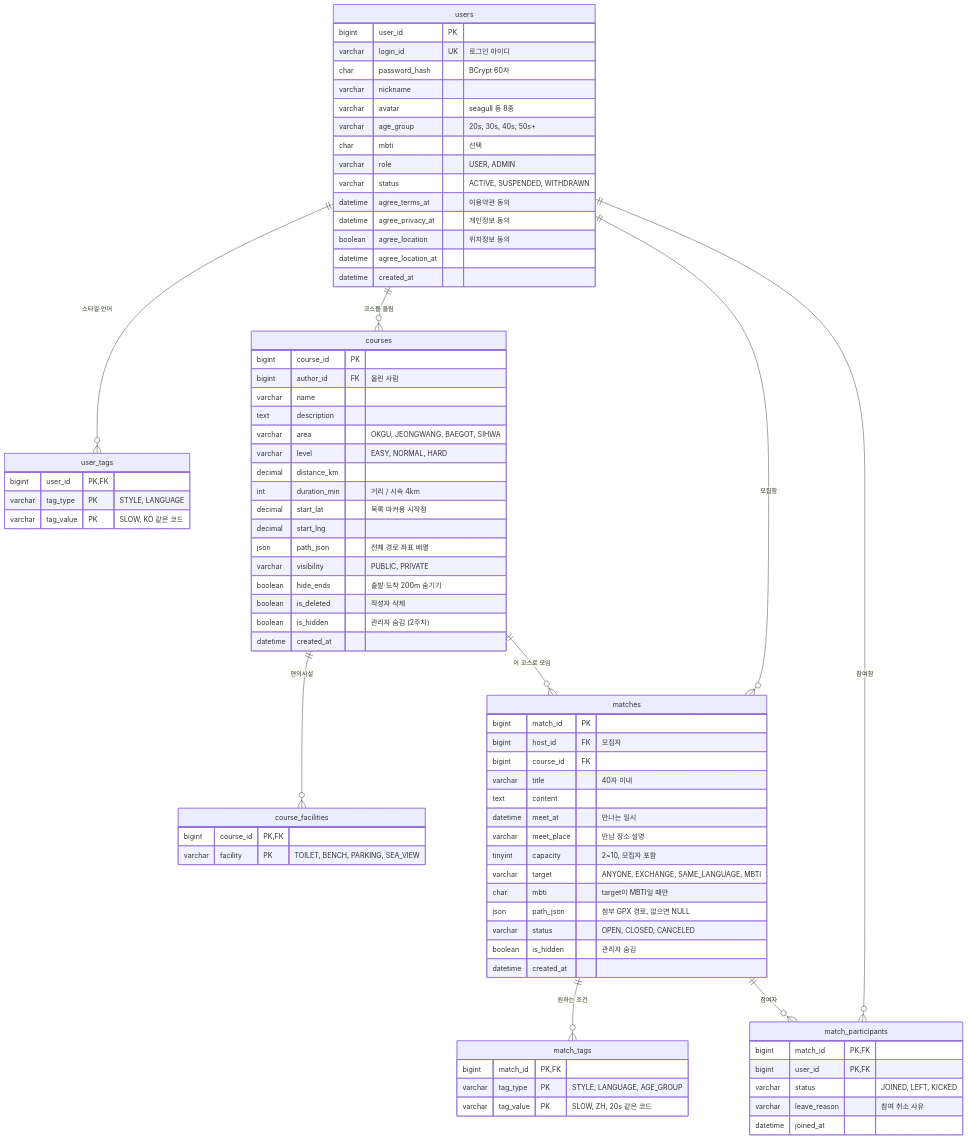
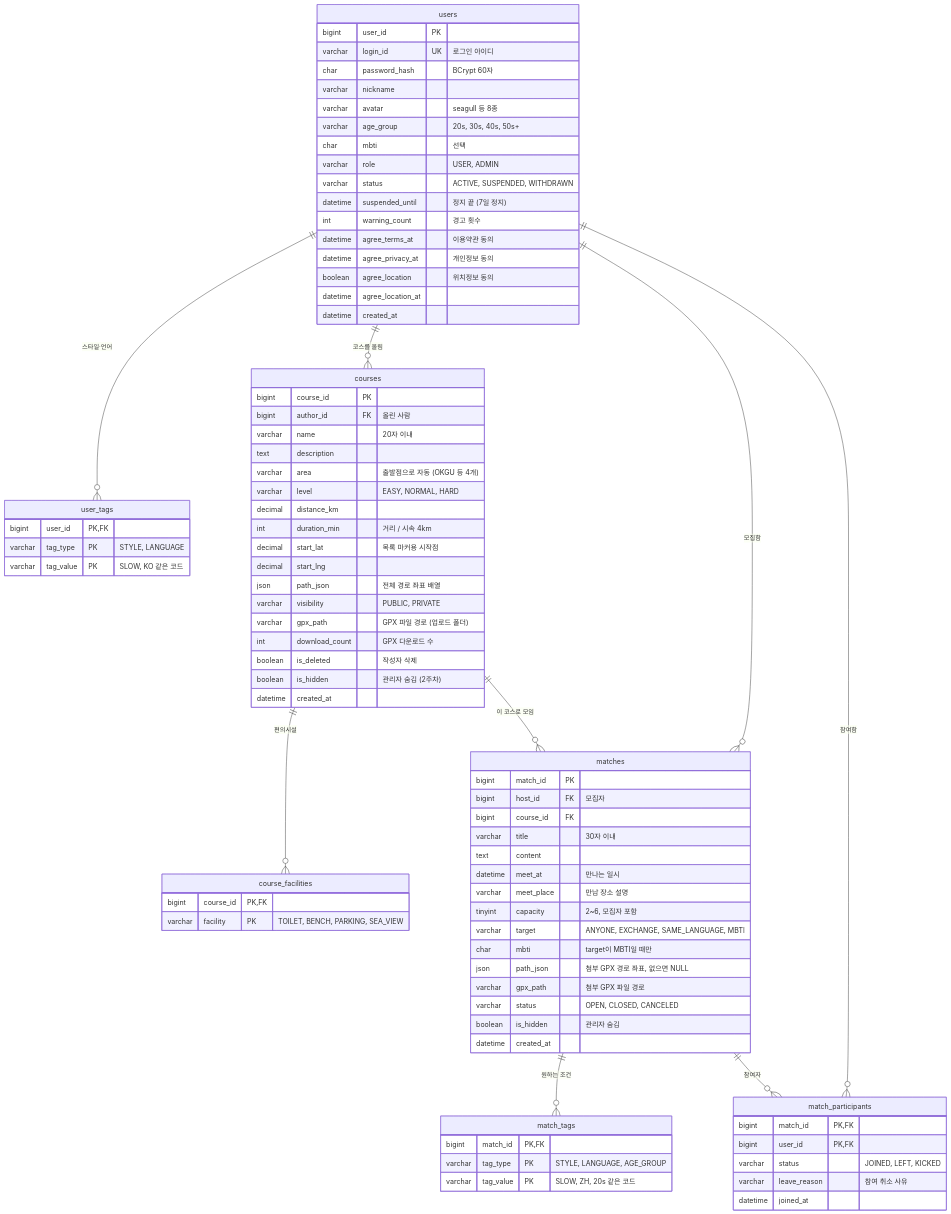
The diagram in docs/images/erd-week1.mmd (AnemoneCoronaria/Team_walk), drawn with Mermaid before and after one commit. The commit also changed 19 other files, not shown here.

```diff
--- a/docs/images/erd-week1.mmd
+++ b/docs/images/erd-week1.mmd
@@ -1,81 +1,85 @@
 erDiagram
     users ||--o{ user_tags : "스타일·언어"
     users ||--o{ courses : "코스를 올림"
     courses ||--o{ course_facilities : "편의시설"
     users ||--o{ matches : "모집함"
     courses ||--o{ matches : "이 코스로 모임"
     matches ||--o{ match_tags : "원하는 조건"
     matches ||--o{ match_participants : "참여자"
     users ||--o{ match_participants : "참여함"
 
     users {
         bigint user_id PK
         varchar login_id UK "로그인 아이디"
         char password_hash "BCrypt 60자"
         varchar nickname
         varchar avatar "seagull 등 8종"
         varchar age_group "20s, 30s, 40s, 50s+"
         char mbti "선택"
         varchar role "USER, ADMIN"
         varchar status "ACTIVE, SUSPENDED, WITHDRAWN"
+        datetime suspended_until "정지 끝 (7일 정지)"
+        int warning_count "경고 횟수"
         datetime agree_terms_at "이용약관 동의"
         datetime agree_privacy_at "개인정보 동의"
         boolean agree_location "위치정보 동의"
         datetime agree_location_at
         datetime created_at
     }
     user_tags {
         bigint user_id PK, FK
         varchar tag_type PK "STYLE, LANGUAGE"
         varchar tag_value PK "SLOW, KO 같은 코드"
     }
     courses {
         bigint course_id PK
         bigint author_id FK "올린 사람"
-        varchar name
+        varchar name "20자 이내"
         text description
-        varchar area "OKGU, JEONGWANG, BAEGOT, SIHWA"
+        varchar area "출발점으로 자동 (OKGU 등 4개)"
         varchar level "EASY, NORMAL, HARD"
         decimal distance_km
         int duration_min "거리 / 시속 4km"
         decimal start_lat "목록 마커용 시작점"
         decimal start_lng
         json path_json "전체 경로 좌표 배열"
         varchar visibility "PUBLIC, PRIVATE"
-        boolean hide_ends "출발·도착 200m 숨기기"
+        varchar gpx_path "GPX 파일 경로 (업로드 폴더)"
+        int download_count "GPX 다운로드 수"
         boolean is_deleted "작성자 삭제"
         boolean is_hidden "관리자 숨김 (2주차)"
         datetime created_at
     }
     course_facilities {
         bigint course_id PK, FK
         varchar facility PK "TOILET, BENCH, PARKING, SEA_VIEW"
     }
     matches {
         bigint match_id PK
         bigint host_id FK "모집자"
         bigint course_id FK
-        varchar title "40자 이내"
+        varchar title "30자 이내"
         text content
         datetime meet_at "만나는 일시"
         varchar meet_place "만남 장소 설명"
-        tinyint capacity "2~10, 모집자 포함"
+        tinyint capacity "2~6, 모집자 포함"
         varchar target "ANYONE, EXCHANGE, SAME_LANGUAGE, MBTI"
         char mbti "target이 MBTI일 때만"
-        json path_json "첨부 GPX 경로, 없으면 NULL"
+        json path_json "첨부 GPX 경로 좌표, 없으면 NULL"
+        varchar gpx_path "첨부 GPX 파일 경로"
         varchar status "OPEN, CLOSED, CANCELED"
         boolean is_hidden "관리자 숨김"
         datetime created_at
     }
     match_tags {
         bigint match_id PK, FK
         varchar tag_type PK "STYLE, LANGUAGE, AGE_GROUP"
         varchar tag_value PK "SLOW, ZH, 20s 같은 코드"
     }
     match_participants {
         bigint match_id PK, FK
         bigint user_id PK, FK
         varchar status "JOINED, LEFT, KICKED"
         varchar leave_reason "참여 취소 사유"
         datetime joined_at
     }
```
